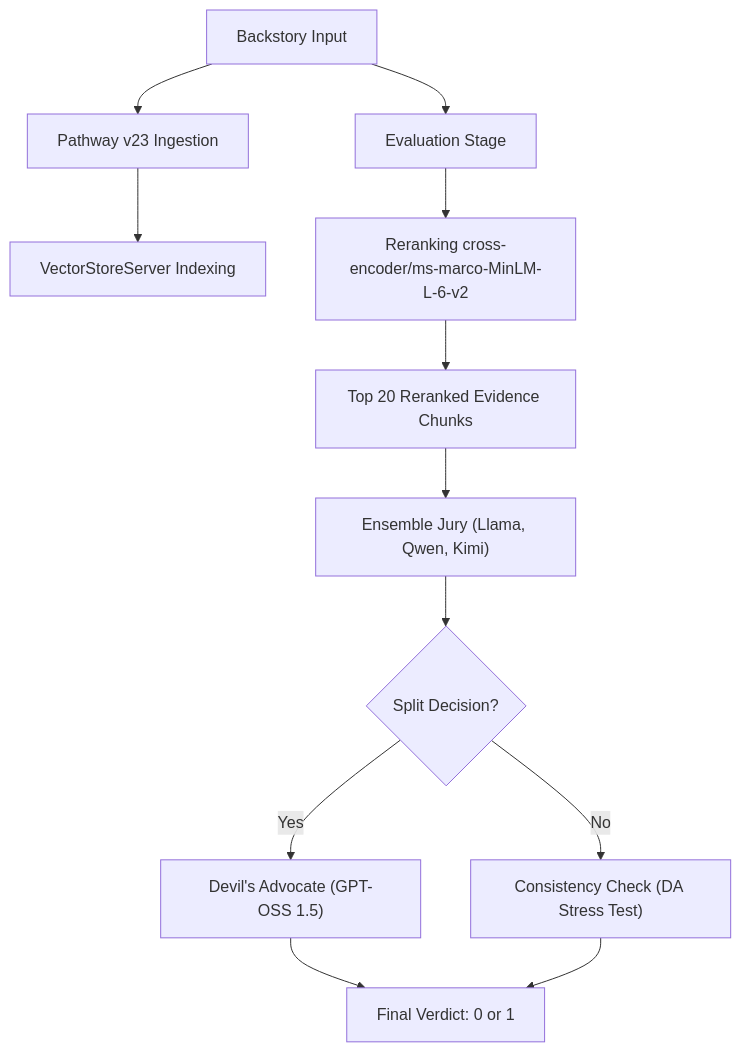
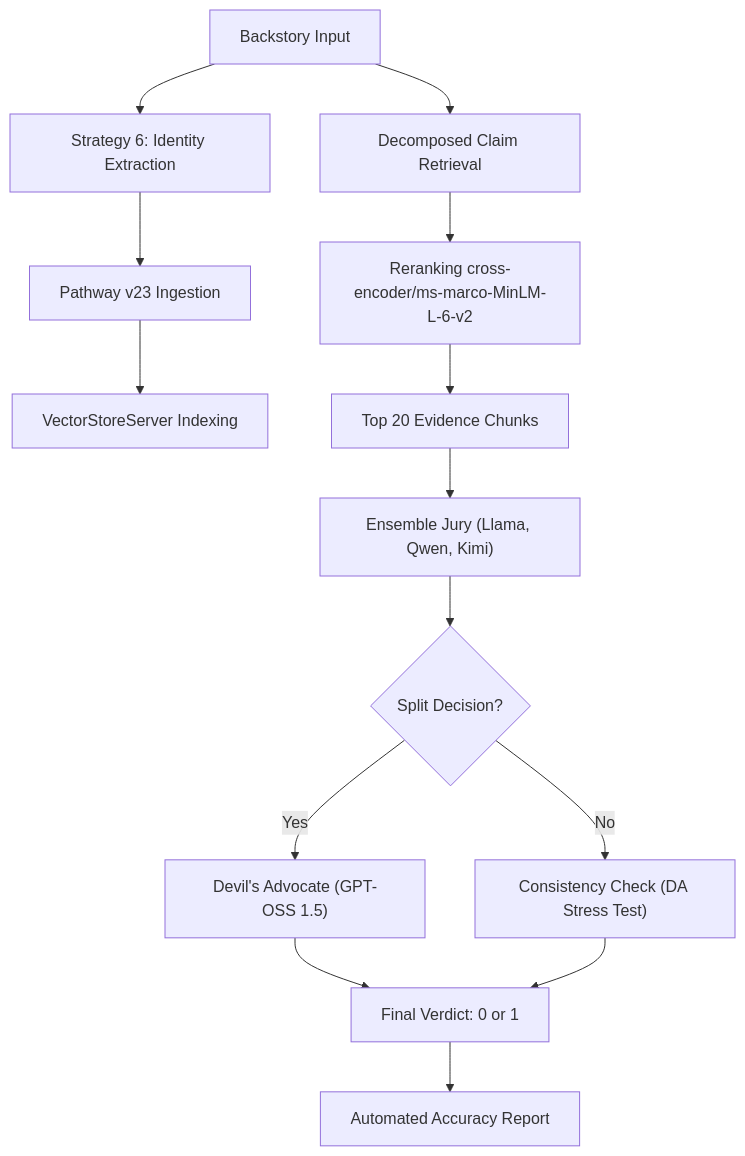
Before and after one commit to ArindamTripathi619/epochzero_KDSH_2026: the diagram in DOCS/ARCHITECTURE.md, drawn with Mermaid. The commit also changed other lines of this file and 5 other files, not shown here.

Commit message:
feat: implement strategy 6 identity extraction and automated lifecycle v4.0

````diff
--- a/DOCS/ARCHITECTURE.md
+++ b/DOCS/ARCHITECTURE.md
@@ -7,16 +7,19 @@
 ```mermaid
 graph TD
-    A[Backstory Input] --> B[Pathway v23 Ingestion]
-    B --> C[VectorStoreServer Indexing]
+    A[Backstory Input] --> B[Strategy 6: Identity Extraction]
+    B --> C[Pathway v23 Ingestion]
+    C --> D[VectorStoreServer Indexing]
     
-    A --> D[Evaluation Stage]
-    D --> E["Reranking cross-encoder/ms-marco-MinLM-L-6-v2"]
-    E --> F["Top 20 Reranked Evidence Chunks"]
+    A --> E[Decomposed Claim Retrieval]
+    E --> F["Reranking cross-encoder/ms-marco-MinLM-L-6-v2"]
+    F --> G["Top 20 Evidence Chunks"]
     
-    F --> G["Ensemble Jury (Llama, Qwen, Kimi)"]
-    G --> H{Split Decision?}
-    H -- Yes --> I["Devil's Advocate (GPT-OSS 1.5)"]
-    H -- No --> J["Consistency Check (DA Stress Test)"]
-    I --> K[Final Verdict: 0 or 1]
-    J --> K
+    G --> H["Ensemble Jury (Llama, Qwen, Kimi)"]
+    H --> I{Split Decision?}
+    I -- Yes --> J["Devil's Advocate (GPT-OSS 1.5)"]
+    I -- No --> K["Consistency Check (DA Stress Test)"]
+    J --> L[Final Verdict: 0 or 1]
+    K --> L
+    
+    L --> M[Automated Accuracy Report]
 ```
````
